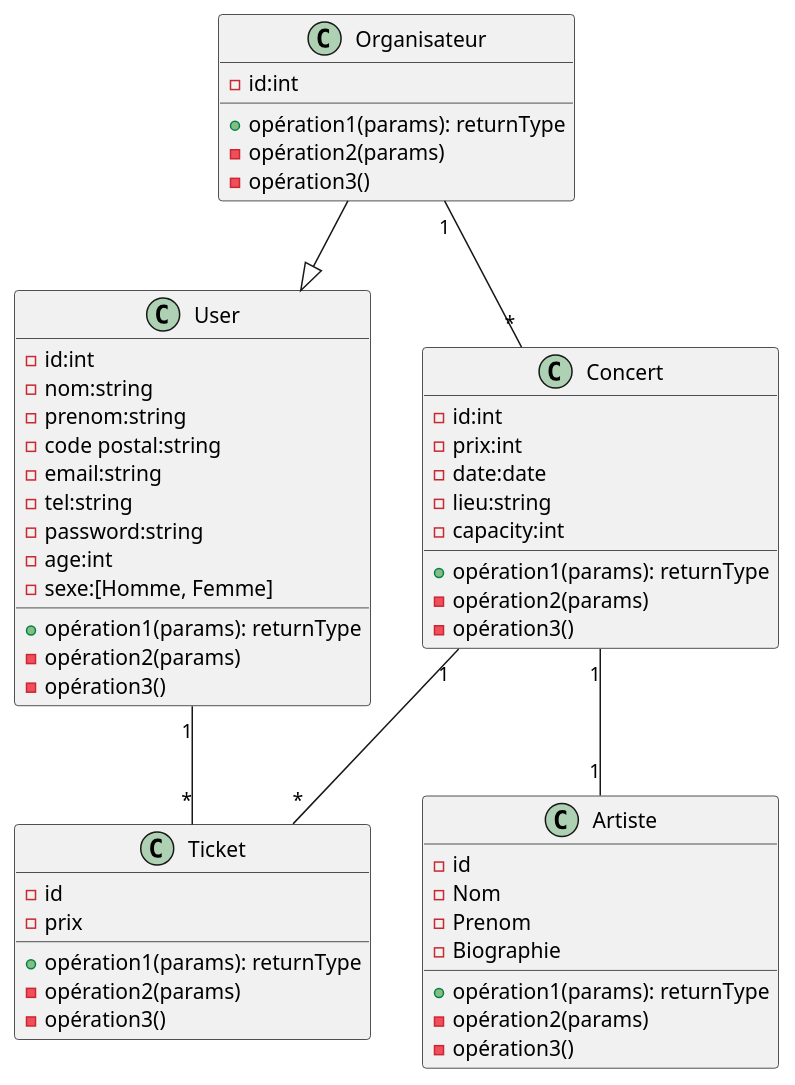
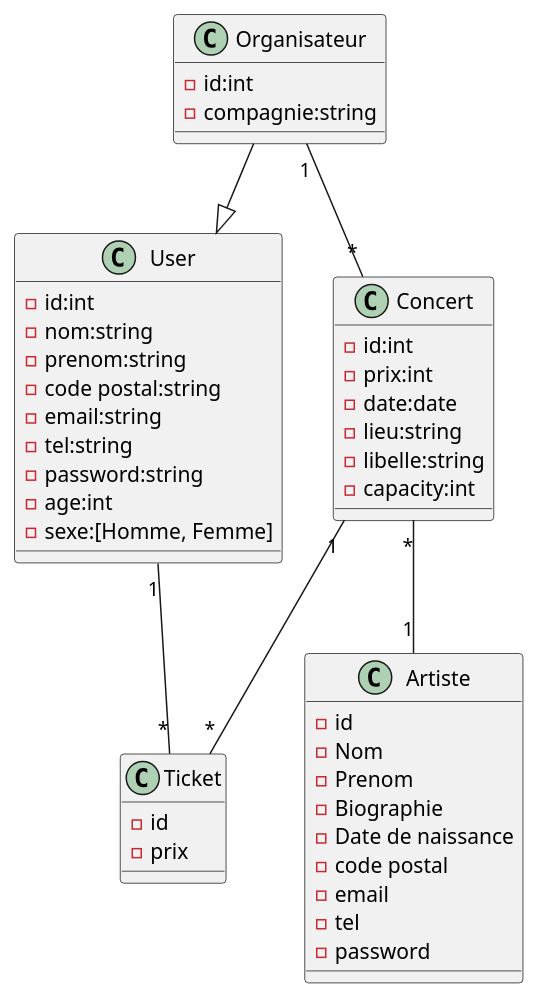
Before and after one commit to lyndaBrye/JaxRSOpenAPI: the diagram in Diagramme.puml, drawn with PlantUML. The commit also changed 7 other files, not shown here.

Commit message:
Diagramme de class update

```diff
--- a/Diagramme.puml
+++ b/Diagramme.puml
@@ -1,63 +1,56 @@
 @startuml
 
 class Ticket {
   - id
   - prix
-
-  + opération1(params): returnType
-  - opération2(params)
-  - opération3()
 }
 
 class Concert {
   - id:int
   - prix:int
   - date:date
   - lieu:string
+  - libelle:string
   - capacity:int
-  + opération1(params): returnType
-  - opération2(params)
-  - opération3()
 }
 
 class User {
   - id:int
   - nom:string
   - prenom:string
   - code postal:string
   - email:string
   - tel:string
   - password:string
   - age:int
   - sexe:[Homme, Femme]
-  + opération1(params): returnType
-  - opération2(params)
-  - opération3()
+
 }
 
 class Organisateur {
   - id:int
-  + opération1(params): returnType
-  - opération2(params)
-  - opération3()
+  - compagnie:string
 }
 
 class Artiste {
   - id
   - Nom
   - Prenom
   - Biographie
-  + opération1(params): returnType
-  - opération2(params)
-  - opération3()
+  - Date de naissance
+  - code postal
+  - email
+  - tel
+  - password
+
 }
 
 
 Concert "1" -- "*" Ticket
 User "1" -- "*" Ticket
-Concert "1" -- "1" Artiste
+Concert "*" -- "1" Artiste
 Organisateur "1" -- "*" Concert
 Organisateur --|> User
 
 
 @enduml
```
